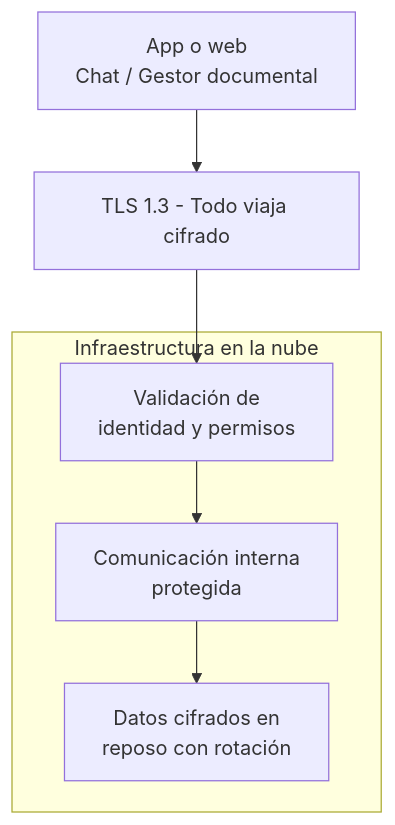
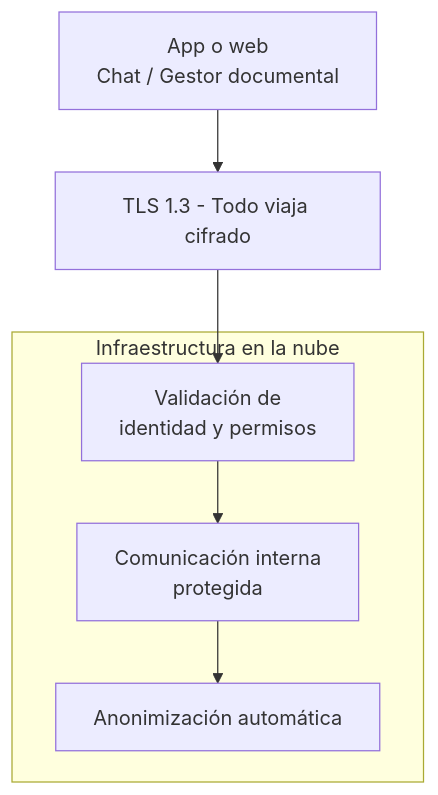
One commit to johnruedal96/capillas changed the fourth of 4 diagrams in docs/propuesta_tecnologica_final.md. Above: the diagram before and after it, drawn with Mermaid. The commit also changed other lines of this file, not shown here.

Commit message:
privacidad de datos

````diff
--- a/docs/propuesta_tecnologica_final.md
+++ b/docs/propuesta_tecnologica_final.md
@@ -151,16 +146,16 @@
 ```mermaid
 flowchart TB
     FRONT[App o web<br/>Chat / Gestor documental]
 
     FRONT --> TLS[TLS 1.3 - Todo viaja cifrado]
 
     subgraph AWS["Infraestructura en la nube"]
         A[Validación de<br/>identidad y permisos]
         B[Comunicación interna<br/>protegida]
-        C[Datos cifrados en<br/>reposo con rotación]
+        C[Anonimización automática]
     end
 
     TLS --> A
     A --> B
     B --> C
 ```
````
